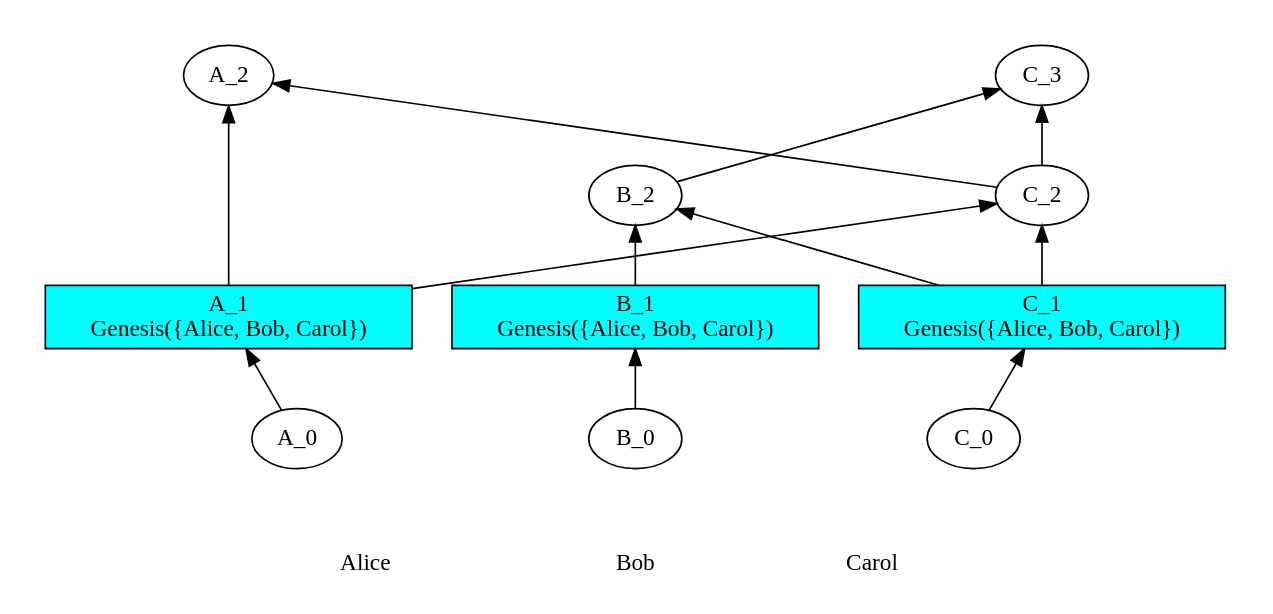
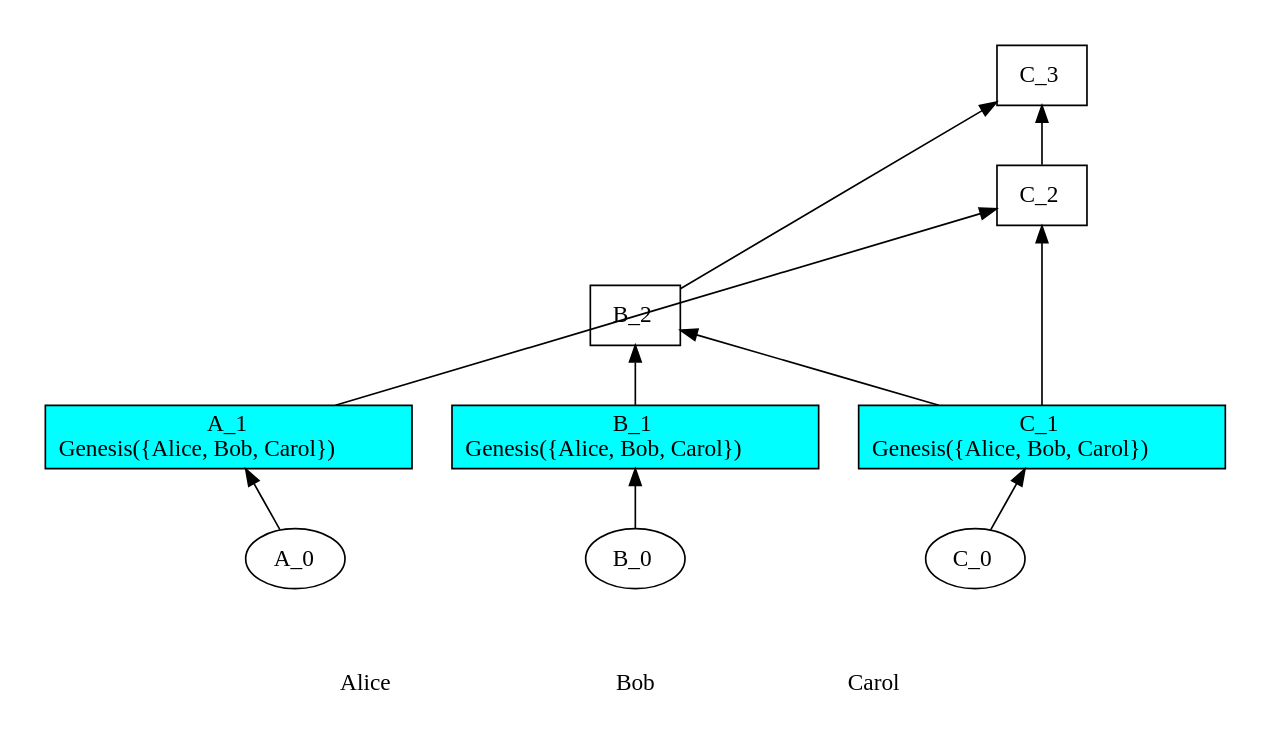
Before and after one commit to u-amine/parsec: the diagram in input_graphs/parsec_functional_tests_handle_malice_stale_other_parent/alice.dot, drawn with Graphviz. The commit also changed 26 other files, not shown here.

```diff
--- a/input_graphs/parsec_functional_tests_handle_malice_stale_other_parent/alice.dot
+++ b/input_graphs/parsec_functional_tests_handle_malice_stale_other_parent/alice.dot
@@ -1,113 +1,162 @@
+/// our_id: Alice
+/// peer_list: {
+///   Alice; PeerState(VOTE|SEND|RECV); peers: {Alice, Bob, Carol}
+///   Bob; PeerState(VOTE|SEND|RECV); peers: {Alice, Bob, Carol}
+///   Carol; PeerState(VOTE|SEND|RECV); peers: {Alice, Bob, Carol}
+/// }
 digraph GossipGraph {
   splines=false
   rankdir=BT
-/// our_id: Alice
-/// peer_states: {Alice: "PeerState(VOTE|SEND|RECV)", Bob: "PeerState(VOTE|SEND|RECV)", Carol: "PeerState(VOTE|SEND|RECV)"}
-/// { 1efae523fa..
-/// cause: Observation(Genesis({Alice, Bob, Carol}))
-/// interesting_content: []
-/// last_ancestors: {Bob: 1}
-/// }
-/// { 220b113af5..
-/// cause: Request
-/// interesting_content: []
-/// last_ancestors: {Bob: 2, Carol: 1}
-/// }
-/// { 2f8e74239f..
-/// cause: Request
-/// interesting_content: []
-/// last_ancestors: {Alice: 1, Carol: 2}
-/// }
-/// { 30d7e4394d..
-/// cause: Initial
-/// interesting_content: []
-/// last_ancestors: {Alice: 0}
-/// }
-/// { 3fae277c4b..
-/// cause: Observation(Genesis({Alice, Bob, Carol}))
-/// interesting_content: []
-/// last_ancestors: {Alice: 1}
-/// }
-/// { 59166adc88..
-/// cause: Response
-/// interesting_content: []
-/// last_ancestors: {Alice: 2, Carol: 2}
-/// }
-/// { c9d0bed02c..
-/// cause: Response
-/// interesting_content: []
-/// last_ancestors: {Alice: 1, Bob: 2, Carol: 3}
-/// }
-/// { dc8296fe22..
-/// cause: Initial
-/// interesting_content: []
-/// last_ancestors: {Bob: 0}
-/// }
-/// { f30cb2c50f..
-/// cause: Observation(Genesis({Alice, Bob, Carol}))
-/// interesting_content: []
-/// last_ancestors: {Carol: 1}
-/// }
-/// { fa13ad61fd..
-/// cause: Initial
-/// interesting_content: []
-/// last_ancestors: {Carol: 0}
-/// }
-    style=invis
+
+  style=invis
   subgraph cluster_Alice {
     label=Alice
     Alice [style=invis]
-    Alice -> "30d7e4394d.." [style=invis]
-    "30d7e4394d.." -> "3fae277c4b.." [minlen=1]
-    "3fae277c4b.." -> "59166adc88.." [minlen=2]
+    "Alice" -> "A_0" [style=invis]
+    "A_0" -> "A_1" [minlen=1]
   }
-  "2f8e74239f.." -> "59166adc88.." [constraint=false]
 
-    style=invis
+  style=invis
   subgraph cluster_Bob {
     label=Bob
     Bob [style=invis]
-    Bob -> "dc8296fe22.." [style=invis]
-    "dc8296fe22.." -> "1efae523fa.." [minlen=1]
-    "1efae523fa.." -> "220b113af5.." [minlen=1]
+    "Bob" -> "B_0" [style=invis]
+    "B_0" -> "B_1" [minlen=1]
+    "B_1" -> "B_2" [minlen=1]
   }
-  "f30cb2c50f.." -> "220b113af5.." [constraint=false]
+  "C_1" -> "B_2" [constraint=false]
 
-    style=invis
+  style=invis
   subgraph cluster_Carol {
     label=Carol
     Carol [style=invis]
-    Carol -> "fa13ad61fd.." [style=invis]
-    "fa13ad61fd.." -> "f30cb2c50f.." [minlen=1]
-    "f30cb2c50f.." -> "2f8e74239f.." [minlen=1]
-    "2f8e74239f.." -> "c9d0bed02c.." [minlen=1]
+    "Carol" -> "C_0" [style=invis]
+    "C_0" -> "C_1" [minlen=1]
+    "C_1" -> "C_2" [minlen=2]
+    "C_2" -> "C_3" [minlen=1]
   }
-  "3fae277c4b.." -> "2f8e74239f.." [constraint=false]
-  "220b113af5.." -> "c9d0bed02c.." [constraint=false]
-
-/// meta-vote section
- "1efae523fa.." [fillcolor=white, label="B_1
-Genesis({Alice, Bob, Carol})"]
- "1efae523fa.." [shape=rectangle, style=filled, fillcolor=cyan]
- "220b113af5.." [fillcolor=white, label="B_2"]
- "2f8e74239f.." [fillcolor=white, label="C_2"]
- "30d7e4394d.." [fillcolor=white, label="A_0"]
- "3fae277c4b.." [fillcolor=white, label="A_1
-Genesis({Alice, Bob, Carol})"]
- "3fae277c4b.." [shape=rectangle, style=filled, fillcolor=cyan]
- "59166adc88.." [fillcolor=white, label="A_2"]
- "c9d0bed02c.." [fillcolor=white, label="C_3"]
- "dc8296fe22.." [fillcolor=white, label="B_0"]
- "f30cb2c50f.." [fillcolor=white, label="C_1
-Genesis({Alice, Bob, Carol})"]
- "f30cb2c50f.." [shape=rectangle, style=filled, fillcolor=cyan]
- "fa13ad61fd.." [fillcolor=white, label="C_0"]
+  "A_1" -> "C_2" [constraint=false]
+  "B_2" -> "C_3" [constraint=false]
 
   {
     rank=same
     Alice [style=filled, color=white]
     Bob [style=filled, color=white]
     Carol [style=filled, color=white]
   }
   Alice -> Bob -> Carol [style=invis]
+
+/// ===== details of events =====
+  "A_0" [fillcolor=white, label=<<table border="0" cellborder="0" cellpadding="0" cellspacing="0">
+<tr><td colspan="6">A_0</td></tr>
+</table>>]
+/// cause: Initial
+/// last_ancestors: {Alice: 0}
+
+  "A_1" [style=filled, fillcolor=cyan, shape=rectangle, label=<<table border="0" cellborder="0" cellpadding="0" cellspacing="0">
+<tr><td colspan="6">A_1</td></tr>
+<tr><td colspan="6">Genesis({Alice, Bob, Carol})</td></tr>
+</table>>]
+/// cause: Observation(Genesis({Alice, Bob, Carol}))
+/// last_ancestors: {Alice: 1}
+
+  "B_0" [fillcolor=white, label=<<table border="0" cellborder="0" cellpadding="0" cellspacing="0">
+<tr><td colspan="6">B_0</td></tr>
+</table>>]
+/// cause: Initial
+/// last_ancestors: {Bob: 0}
+
+  "B_1" [style=filled, fillcolor=cyan, shape=rectangle, label=<<table border="0" cellborder="0" cellpadding="0" cellspacing="0">
+<tr><td colspan="6">B_1</td></tr>
+<tr><td colspan="6">Genesis({Alice, Bob, Carol})</td></tr>
+</table>>]
+/// cause: Observation(Genesis({Alice, Bob, Carol}))
+/// last_ancestors: {Bob: 1}
+
+  "B_2" [fillcolor=white, shape=rectangle, label=<<table border="0" cellborder="0" cellpadding="0" cellspacing="0">
+<tr><td colspan="6">B_2</td></tr>
+</table>>]
+/// cause: Request
+/// last_ancestors: {Bob: 2, Carol: 1}
+
+  "C_0" [fillcolor=white, label=<<table border="0" cellborder="0" cellpadding="0" cellspacing="0">
+<tr><td colspan="6">C_0</td></tr>
+</table>>]
+/// cause: Initial
+/// last_ancestors: {Carol: 0}
+
+  "C_1" [style=filled, fillcolor=cyan, shape=rectangle, label=<<table border="0" cellborder="0" cellpadding="0" cellspacing="0">
+<tr><td colspan="6">C_1</td></tr>
+<tr><td colspan="6">Genesis({Alice, Bob, Carol})</td></tr>
+</table>>]
+/// cause: Observation(Genesis({Alice, Bob, Carol}))
+/// last_ancestors: {Carol: 1}
+
+  "C_2" [fillcolor=white, shape=rectangle, label=<<table border="0" cellborder="0" cellpadding="0" cellspacing="0">
+<tr><td colspan="6">C_2</td></tr>
+</table>>]
+/// cause: Response
+/// last_ancestors: {Bob: 2, Carol: 2}
+
+  "C_3" [fillcolor=white, shape=rectangle, label=<<table border="0" cellborder="0" cellpadding="0" cellspacing="0">
+<tr><td colspan="6">C_3</td></tr>
+</table>>]
+/// cause: Request
+/// last_ancestors: {Alice: 1, Bob: 2, Carol: 3}
+
 }
+
+/// ===== meta-elections =====
+/// consensus_history:
+
+/// MetaElectionHandle(CURRENT)
+/// consensus_len: 0
+/// round_hashes: {
+///   Alice -> [
+///     RoundHash { round: 0, latest_block_hash: 0000000000000000000000000000000000000000000000000000000000000000 }
+///   ]
+///   Bob -> [
+///     RoundHash { round: 0, latest_block_hash: 0000000000000000000000000000000000000000000000000000000000000000 }
+///   ]
+///   Carol -> [
+///     RoundHash { round: 0, latest_block_hash: 0000000000000000000000000000000000000000000000000000000000000000 }
+///   ]
+/// }
+/// interesting_events: {
+/// }
+/// all_voters: {Alice, Bob, Carol}
+/// undecided_voters: {Alice, Bob, Carol}
+/// meta_events: {
+///   A_1 -> {
+///     observees: {}
+///     interesting_content: []
+///   }
+///   A_2 -> {
+///     observees: {}
+///     interesting_content: []
+///   }
+///   B_1 -> {
+///     observees: {}
+///     interesting_content: []
+///   }
+///   B_2 -> {
+///     observees: {}
+///     interesting_content: []
+///   }
+///   B_3 -> {
+///     observees: {}
+///     interesting_content: []
+///   }
+///   C_1 -> {
+///     observees: {}
+///     interesting_content: []
+///   }
+///   C_2 -> {
+///     observees: {}
+///     interesting_content: []
+///   }
+///   C_3 -> {
+///     observees: {}
+///     interesting_content: []
+///   }
+/// }
```
